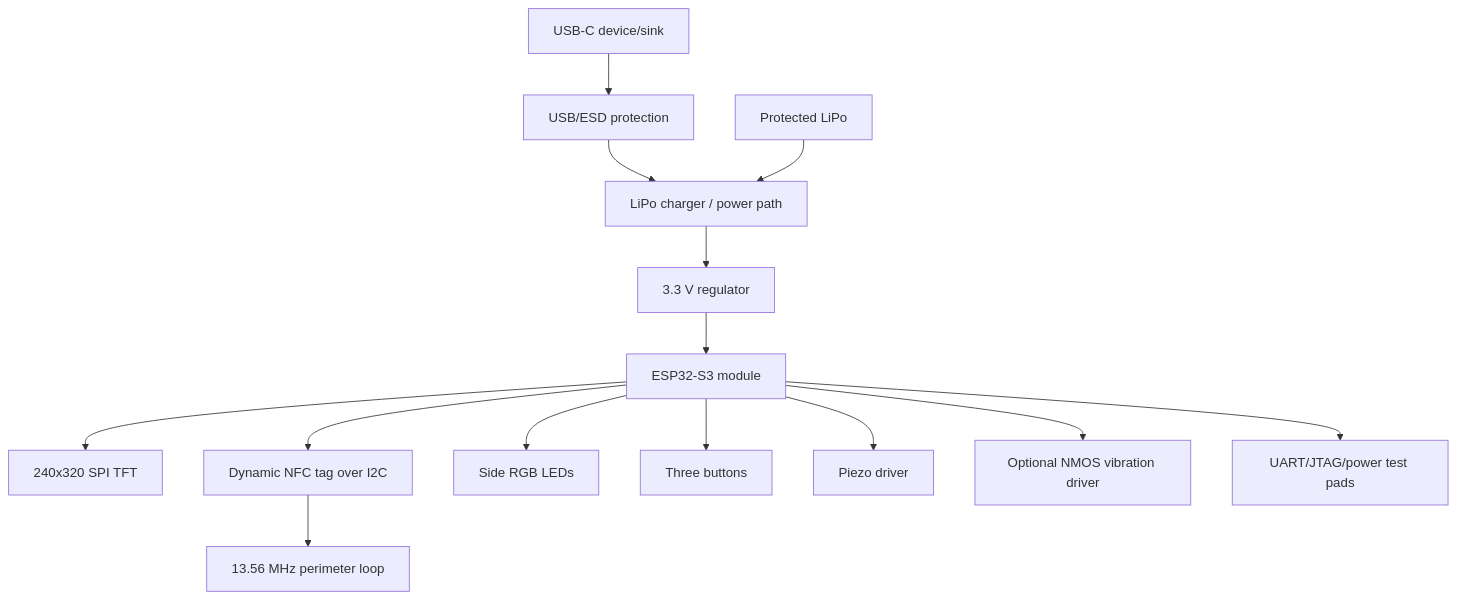
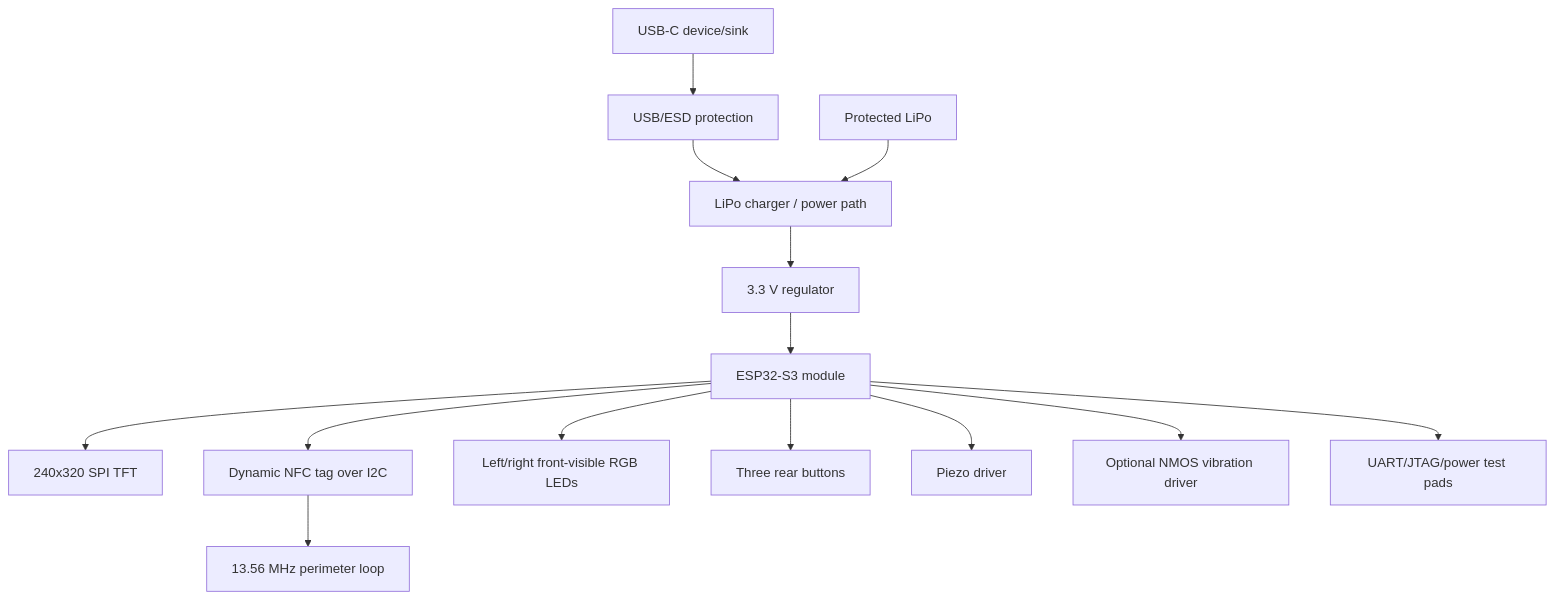
One commit to Azsoft-jp/MCard-StarterKit changed the diagram in hardware/v1/ARCHITECTURE.md. Above: the diagram before and after it, drawn with Mermaid. The commit also changed 17 other files, not shown here.

````diff
--- a/hardware/v1/ARCHITECTURE.md
+++ b/hardware/v1/ARCHITECTURE.md
@@ -3,16 +3,16 @@
 ```mermaid
 flowchart TD
   USBC[USB-C device/sink] --> ESD[USB/ESD protection]
   ESD --> CHG[LiPo charger / power path]
   BAT[Protected LiPo] --> CHG
   CHG --> REG[3.3 V regulator]
   REG --> MCU[ESP32-S3 module]
   MCU --> TFT[240x320 SPI TFT]
   MCU --> NFC[Dynamic NFC tag over I2C]
   NFC --> LOOP[13.56 MHz perimeter loop]
-  MCU --> RGB[Side RGB LEDs]
-  MCU --> BTN[Three buttons]
+  MCU --> RGB[Left/right front-visible RGB LEDs]
+  MCU --> BTN[Three rear buttons]
   MCU --> PIEZO[Piezo driver]
   MCU --> VM[Optional NMOS vibration driver]
   MCU --> TP[UART/JTAG/power test pads]
 ```
````
